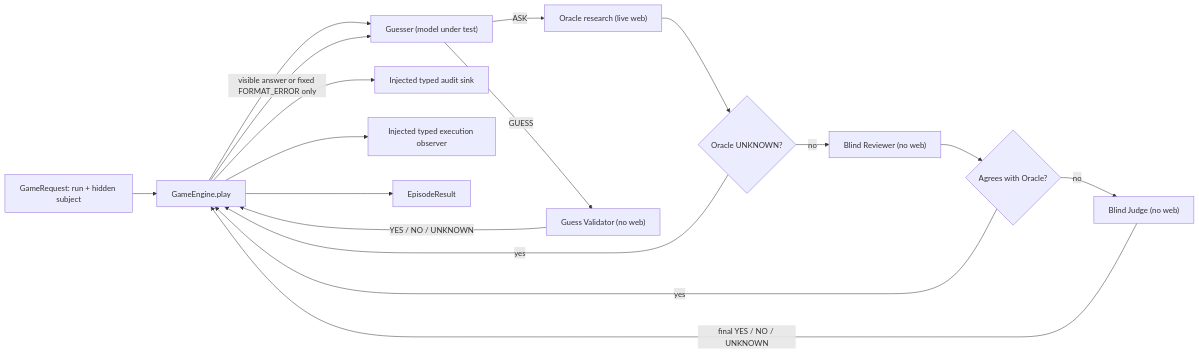
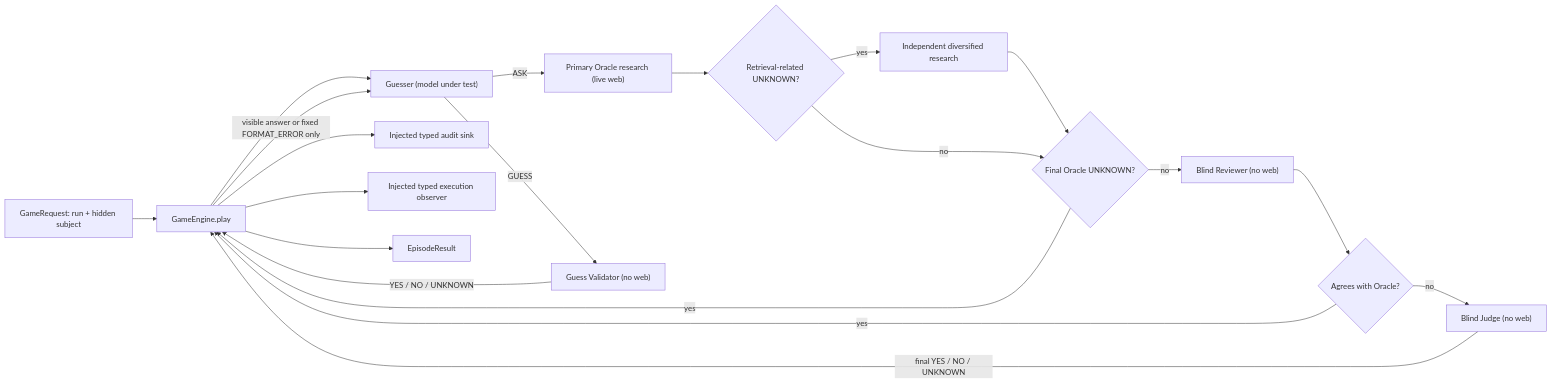
One commit to mindalyze-com/deep-20-bench changed the diagram in source/execution/game/Concept.md. Above: the diagram before and after it, drawn with Mermaid. The commit also changed other lines of this file and 1040 other files, not shown here.

````diff
--- a/source/execution/game/Concept.md
+++ b/source/execution/game/Concept.md
@@ -16,19 +16,22 @@
 ```mermaid
 flowchart LR
     Request["GameRequest: run + hidden subject"] --> Engine["GameEngine.play"]
     Engine --> Guesser["Guesser (model under test)"]
-    Guesser -->|"ASK"| Oracle["Oracle research (live web)"]
+    Guesser -->|"ASK"| Oracle["Primary Oracle research (live web)"]
     Guesser -->|"GUESS"| Validator["Guess Validator (no web)"]
-    Oracle --> Unknown{"Oracle UNKNOWN?"}
+    Oracle --> Retrieval{"Retrieval-related UNKNOWN?"}
+    Retrieval -->|"yes"| Recovery["Independent diversified research"]
+    Recovery --> Unknown{"Final Oracle UNKNOWN?"}
+    Retrieval -->|"no"| Unknown
     Unknown -->|"yes"| Engine
     Unknown -->|"no"| Reviewer["Blind Reviewer (no web)"]
     Reviewer --> Agreement{"Agrees with Oracle?"}
     Agreement -->|"yes"| Engine
     Agreement -->|"no"| Judge["Blind Judge (no web)"]
     Judge -->|"final YES / NO / UNKNOWN"| Engine
     Validator -->|"YES / NO / UNKNOWN"| Engine
     Engine -->|"visible answer or fixed FORMAT_ERROR only"| Guesser
     Engine --> Audit["Injected typed audit sink"]
     Engine --> Observer["Injected typed execution observer"]
     Engine --> Result["EpisodeResult"]
 ```
````
